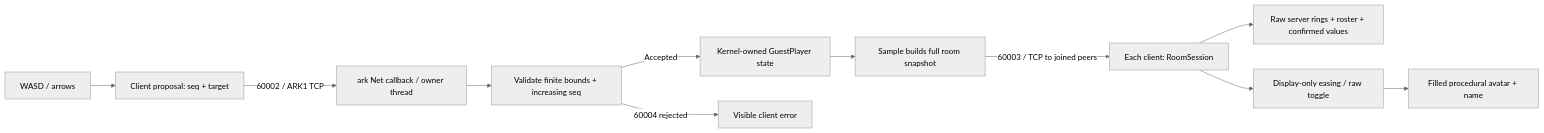
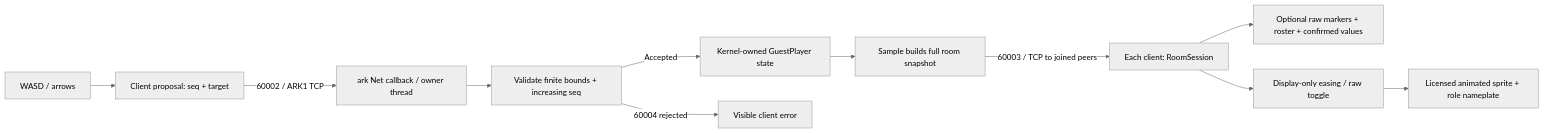
One commit to OpenArkStudio/ark-client-godot changed the diagram in docs/data-sync.md. Above: the diagram before and after it, drawn with Mermaid (neutral theme). The commit also changed other lines of this file and 35 other files, not shown here.

````diff
--- a/docs/data-sync.md
+++ b/docs/data-sync.md
@@ -10,13 +10,13 @@
 ```mermaid
 flowchart LR
     Input[WASD / arrows] --> Proposal[Client proposal: seq + target]
     Proposal -->|60002 / ARK1 TCP| Net[ark Net callback / owner thread]
     Net --> Check[Validate finite bounds + increasing seq]
     Check -->|Accepted| Kernel[Kernel-owned GuestPlayer state]
     Check -->|60004 rejected| Error[Visible client error]
     Kernel --> Snapshot[Sample builds full room snapshot]
     Snapshot -->|60003 / TCP to joined peers| Room[Each client: RoomSession]
-    Room --> Raw[Raw server rings + roster + confirmed values]
+    Room --> Raw[Optional raw markers + roster + confirmed values]
     Room --> Display[Display-only easing / raw toggle]
-    Display --> Avatar[Filled procedural avatar + name]
+    Display --> Avatar[Licensed animated sprite + role nameplate]
 ```
````
